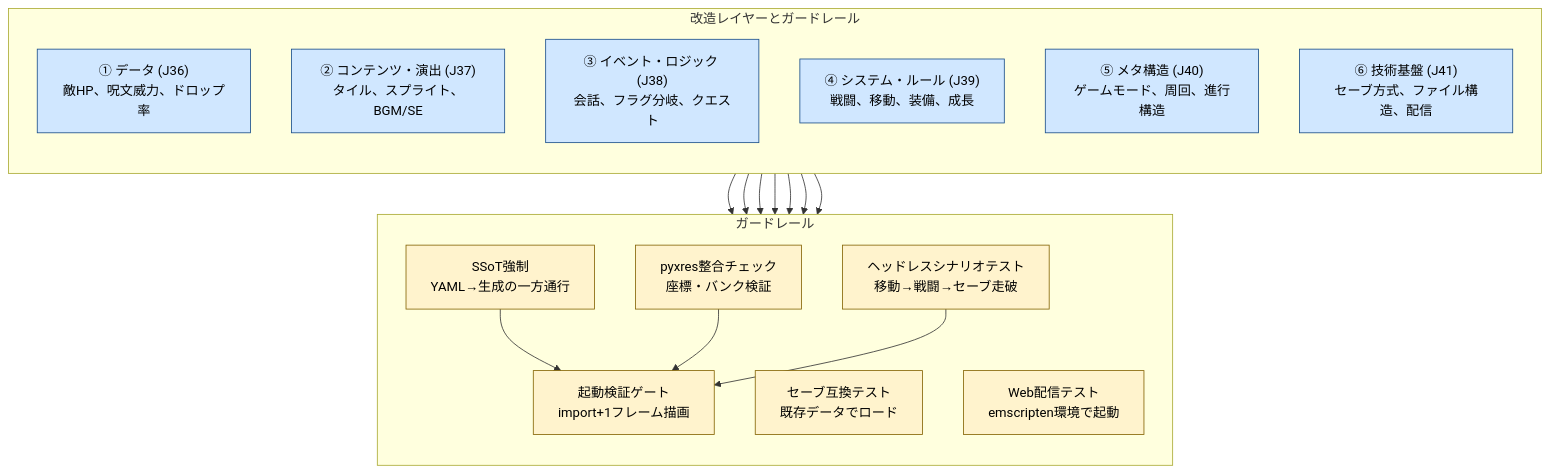
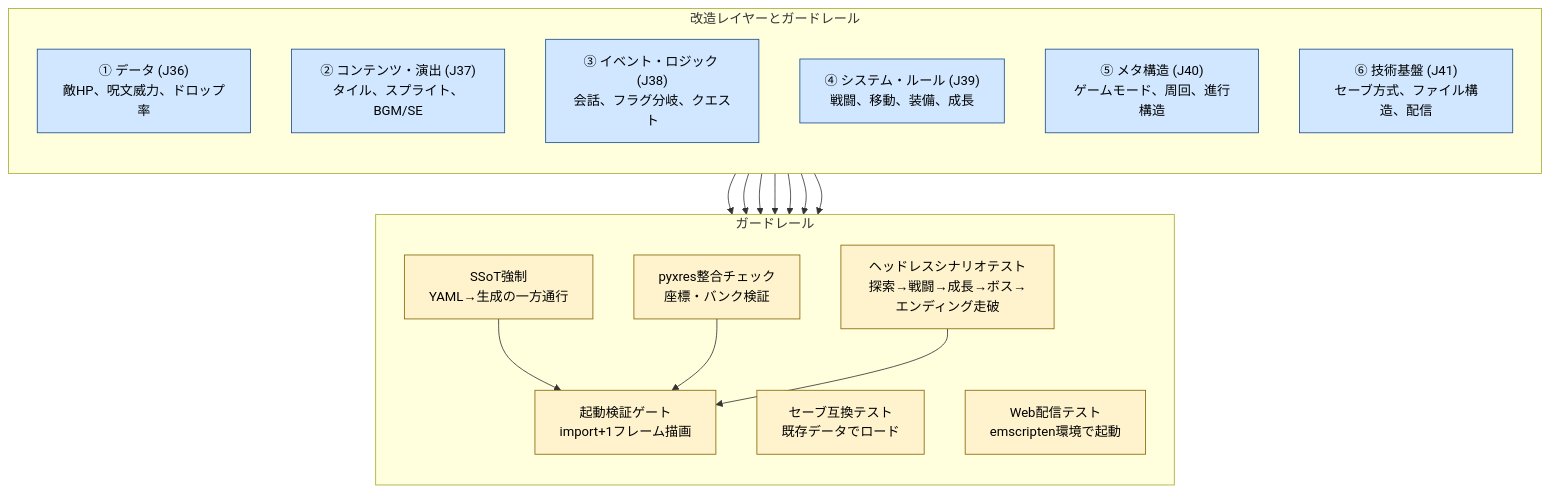
One commit to tatsuro-ueda/code-quest-pyxel changed the diagram in docs/gherkins/gherkin-guardrails.md. Above: the diagram before and after it, drawn with Mermaid. The commit also changed other lines of this file and 2 other files, not shown here.

````diff
--- a/docs/gherkins/gherkin-guardrails.md
+++ b/docs/gherkins/gherkin-guardrails.md
@@ -67,39 +67,39 @@
 ```mermaid
 flowchart TB
     subgraph LAYERS["改造レイヤーとガードレール"]
         direction TB
         L1["① データ (J36)<br/>敵HP、呪文威力、ドロップ率"]
         L2["② コンテンツ・演出 (J37)<br/>タイル、スプライト、BGM/SE"]
         L3["③ イベント・ロジック (J38)<br/>会話、フラグ分岐、クエスト"]
         L4["④ システム・ルール (J39)<br/>戦闘、移動、装備、成長"]
         L5["⑤ メタ構造 (J40)<br/>ゲームモード、周回、進行構造"]
         L6["⑥ 技術基盤 (J41)<br/>セーブ方式、ファイル構造、配信"]
     end
 
     subgraph GUARDS["ガードレール"]
         direction TB
         G1["SSoT強制<br/>YAML→生成の一方通行"]
         G2["pyxres整合チェック<br/>座標・バンク検証"]
-        G3["ヘッドレスシナリオテスト<br/>移動→戦闘→セーブ走破"]
+        G3["ヘッドレスシナリオテスト<br/>探索→戦闘→成長→ボス→エンディング走破"]
         G4["起動検証ゲート<br/>import+1フレーム描画"]
         G5["セーブ互換テスト<br/>既存データでロード"]
         G6["Web配信テスト<br/>emscripten環境で起動"]
     end
 
     L1 --> G1
     L2 --> G2
     L3 --> G3
     L4 --> G3
     L4 --> G4
     L5 --> G5
     L6 --> G6
     G1 --> G4
     G2 --> G4
     G3 --> G4
 
     classDef layer fill:#d0e7ff,stroke:#1a4e8a,color:#000000;
     classDef guard fill:#fff3cd,stroke:#856404,color:#000000;
 
     class L1,L2,L3,L4,L5,L6 layer;
     class G1,G2,G3,G4,G5,G6 guard;
 ```
````
